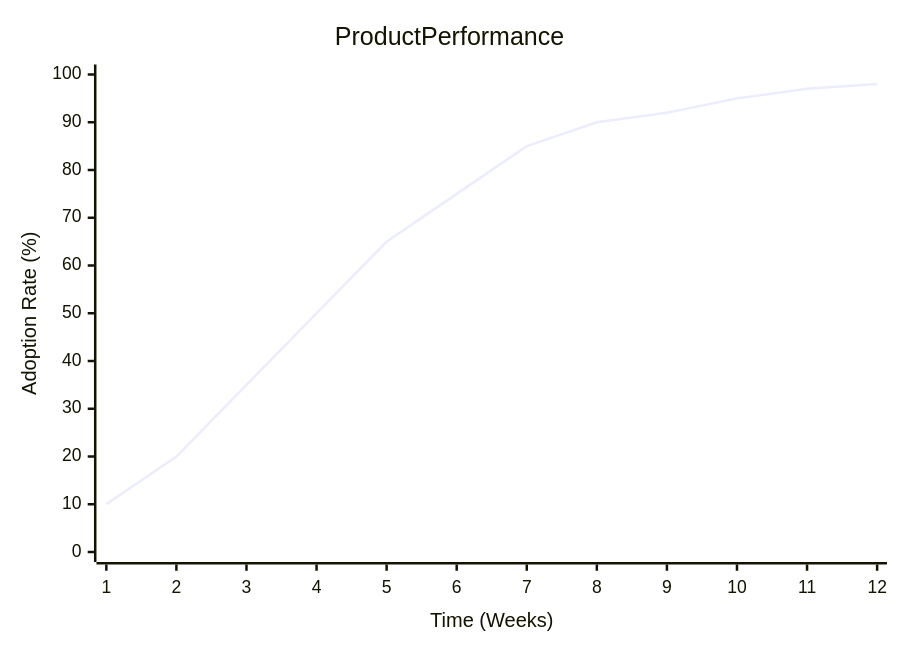
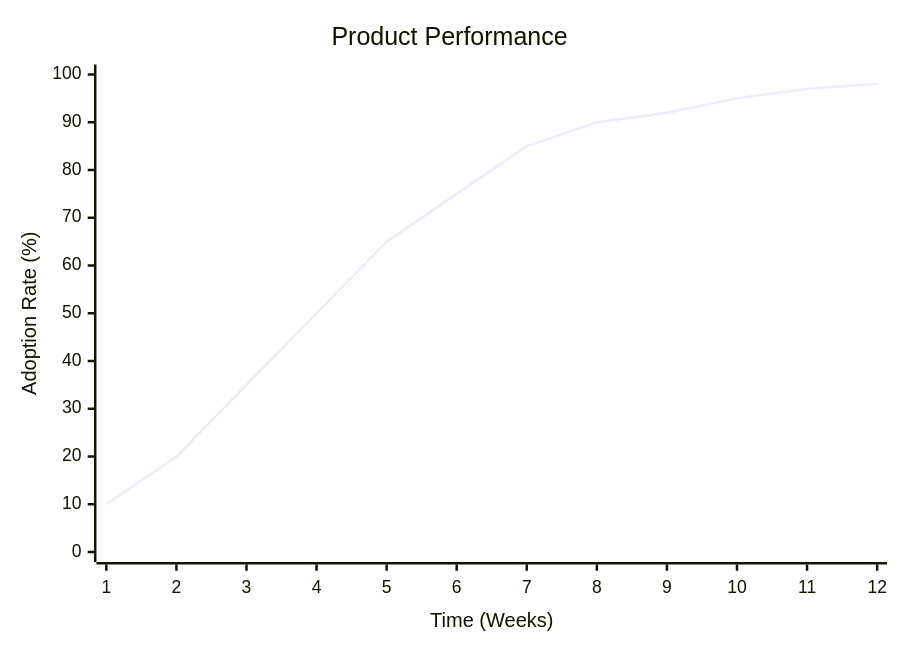
The fifth of 23 diagrams in plugins/obsidian-blocks/skills/mermaid-diagramming/xychart.md (BitYoungjae/marketplace), drawn with Mermaid before and after one commit. The commit also changed other lines of this file and 14 other files, not shown here.

First line of the commit message:
feat(obsidian-blocks): add Session 3 Mermaid diagrams

````diff
--- a/plugins/obsidian-blocks/skills/mermaid-diagramming/xychart.md
+++ b/plugins/obsidian-blocks/skills/mermaid-diagramming/xychart.md
@@ -78,7 +82,7 @@
 ```mermaid
 xychart-beta
-    title Product Performance
+    title "Product Performance"
     x-axis "Time (Weeks)" 1 --> 12
     y-axis "Adoption Rate (%)" 0 --> 100
     line [10, 20, 35, 50, 65, 75, 85, 90, 92, 95, 97, 98]
 ```
````
